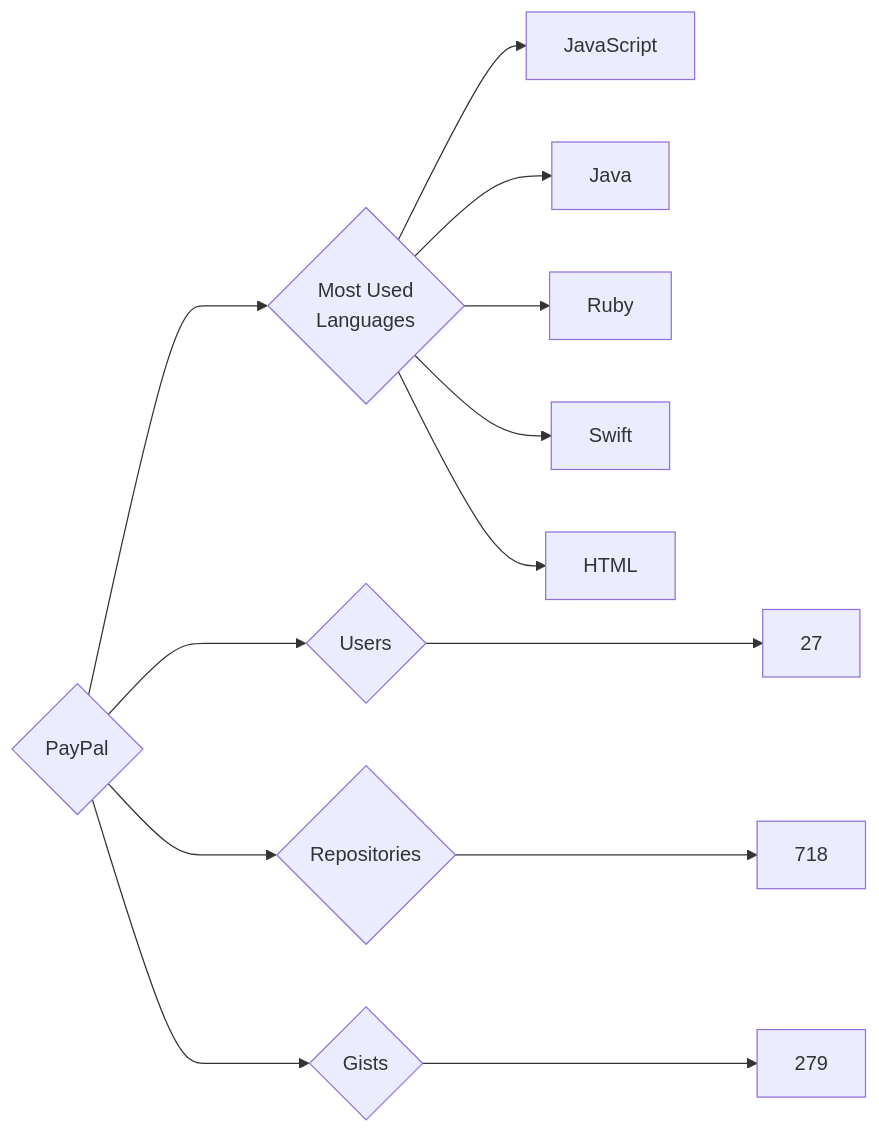
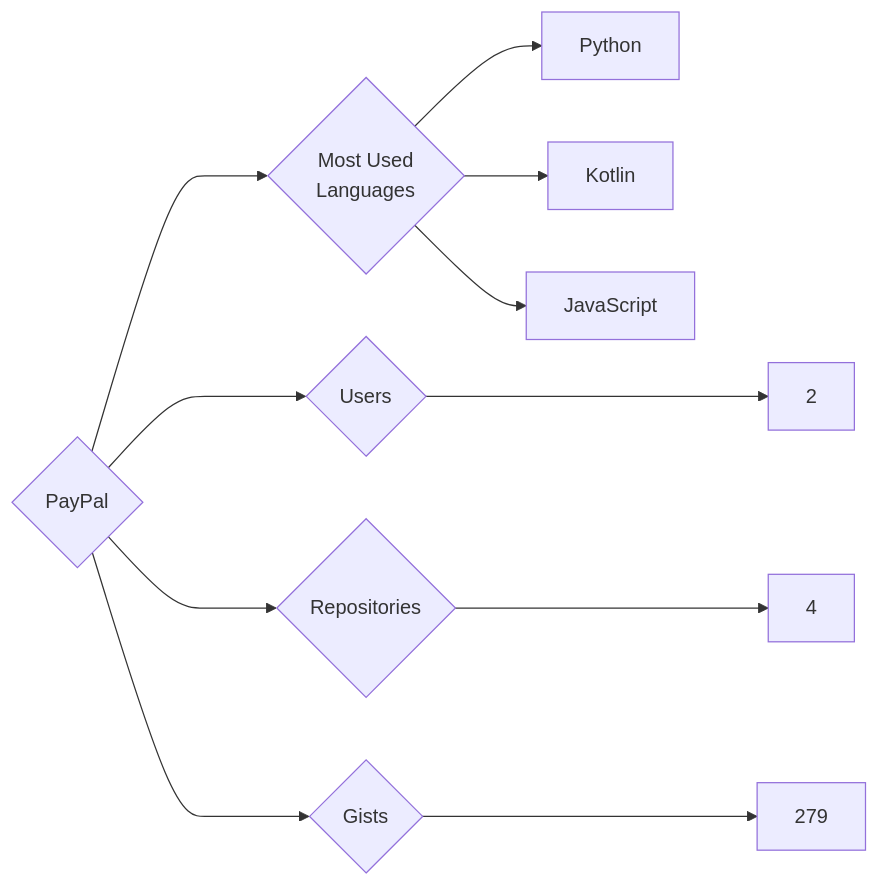
One commit to trickest/insiders changed the diagram in targets/PayPal/README.md. Above: the diagram before and after it, drawn with Mermaid. The commit also changed 1496 other files, not shown here.

````diff
--- a/targets/PayPal/README.md
+++ b/targets/PayPal/README.md
@@ -3,13 +3,11 @@
 ```mermaid
 graph LR
 COMPANY_NAME{PayPal}
-COMPANY_NAME ---> U{Users} ---> UN[27]
-COMPANY_NAME ---> R{Repositories} ---> RN[718]
+COMPANY_NAME ---> U{Users} ---> UN[2]
+COMPANY_NAME ---> R{Repositories} ---> RN[4]
 COMPANY_NAME ---> G{Gists} ---> GN[279]
 COMPANY_NAME ---> ML{Most Used<br>Languages}
+ML --> Python[Python]
+ML --> Kotlin[Kotlin]
 ML --> JavaScript[JavaScript]
-ML --> Java[Java]
-ML --> Ruby[Ruby]
-ML --> Swift[Swift]
-ML --> HTML[HTML]
 ```
````
